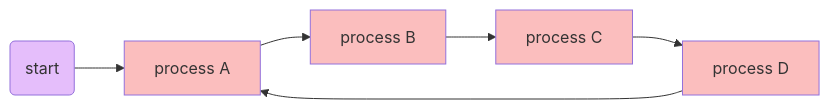
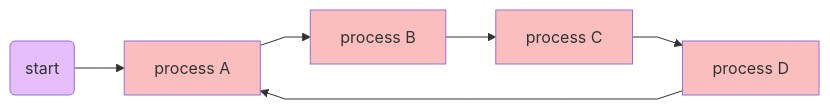
Before and after one commit to FarisAlmutairi305/DirectoryStructures305: the fourth of 4 diagrams in README.md, drawn with Mermaid. The commit also changed other lines of this file, not shown here.

````diff
--- a/README.md
+++ b/README.md
@@ -151,16 +155,17 @@
 ```mermaid
+%%{ init: { 'flowchart': { 'curve': 'linear' } } }%%
 flowchart LR
 
 Start(start) --> A[process A]
 A --> B[process B]
 B --> C[process C]
 C --> D[process D]
 D --> A
 
 style Start fill:#E5BEFB
 
 style A fill:#FBBEBE
 style B fill:#FBBEBE
 style C fill:#FBBEBE
 style D fill:#FBBEBE
 ```
````
